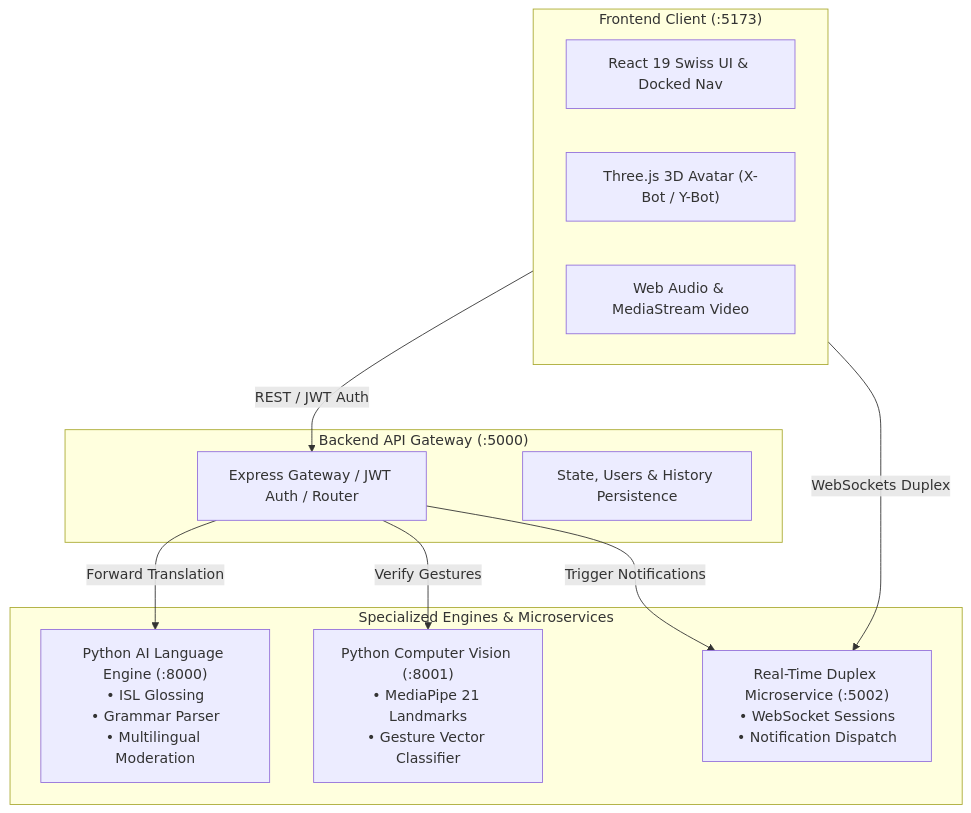
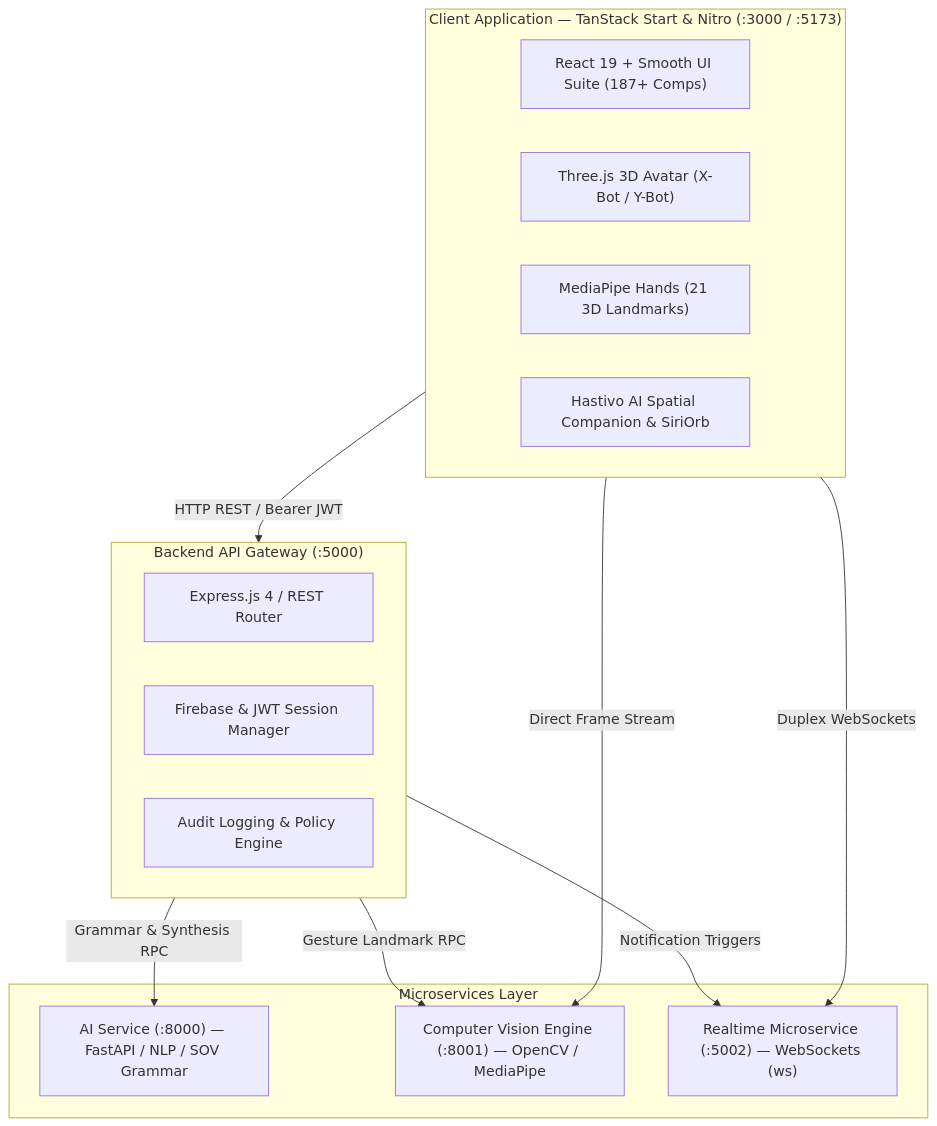
One commit to TheOrionGD/Hastivo changed the diagram in README.md. Above: the diagram before and after it, drawn with Mermaid. The commit also changed other lines of this file and 984 other files, not shown here.

````diff
--- a/README.md
+++ b/README.md
@@ -73,25 +80,28 @@
 ```mermaid
 flowchart TD
-    subgraph ClientLayer["Frontend Client (:5173)"]
-        UI["React 19 Swiss UI & Docked Nav"]
+    subgraph ClientTier["Client Application — TanStack Start & Nitro (:3000 / :5173)"]
+        UI["React 19 + Smooth UI Suite (187+ Comps)"]
         ThreeCanvas["Three.js 3D Avatar (X-Bot / Y-Bot)"]
-        AudioVideo["Web Audio & MediaStream Video"]
+        VisionTracking["MediaPipe Hands (21 3D Landmarks)"]
+        AIUI["Hastivo AI Spatial Companion & SiriOrb"]
     end
 
-    subgraph GatewayLayer["Backend API Gateway (:5000)"]
-        Gateway["Express Gateway / JWT Auth / Router"]
-        DBStore["State, Users & History Persistence"]
+    subgraph GatewayTier["Backend API Gateway (:5000)"]
+        ExpressRouter["Express.js 4 / REST Router"]
+        AuthService["Firebase & JWT Session Manager"]
+        AuditModeration["Audit Logging & Policy Engine"]
     end
 
-    subgraph ServiceLayer["Specialized Engines & Microservices"]
-        AIEngine["Python AI Language Engine (:8000)<br/>• ISL Glossing<br/>• Grammar Parser<br/>• Multilingual Moderation"]
-        CVEngine["Python Computer Vision (:8001)<br/>• MediaPipe 21 Landmarks<br/>• Gesture Vector Classifier"]
-        Microservice["Real-Time Duplex Microservice (:5002)<br/>• WebSocket Sessions<br/>• Notification Dispatch"]
+    subgraph ServiceTier["Microservices Layer"]
+        AIService["AI Service (:8000) — FastAPI / NLP / SOV Grammar"]
+        CVService["Computer Vision Engine (:8001) — OpenCV / MediaPipe"]
+        DuplexService["Realtime Microservice (:5002) — WebSockets (ws)"]
     end
 
-    ClientLayer -->|REST / JWT Auth| Gateway
-    ClientLayer -->|WebSockets Duplex| Microservice
-    Gateway -->|Forward Translation| AIEngine
-    Gateway -->|Verify Gestures| CVEngine
-    Gateway -->|Trigger Notifications| Microservice
+    ClientTier -->|HTTP REST / Bearer JWT| GatewayTier
+    ClientTier -->|Duplex WebSockets| DuplexService
+    ClientTier -->|Direct Frame Stream| CVService
+    GatewayTier -->|Grammar & Synthesis RPC| AIService
+    GatewayTier -->|Gesture Landmark RPC| CVService
+    GatewayTier -->|Notification Triggers| DuplexService
 ```
````
